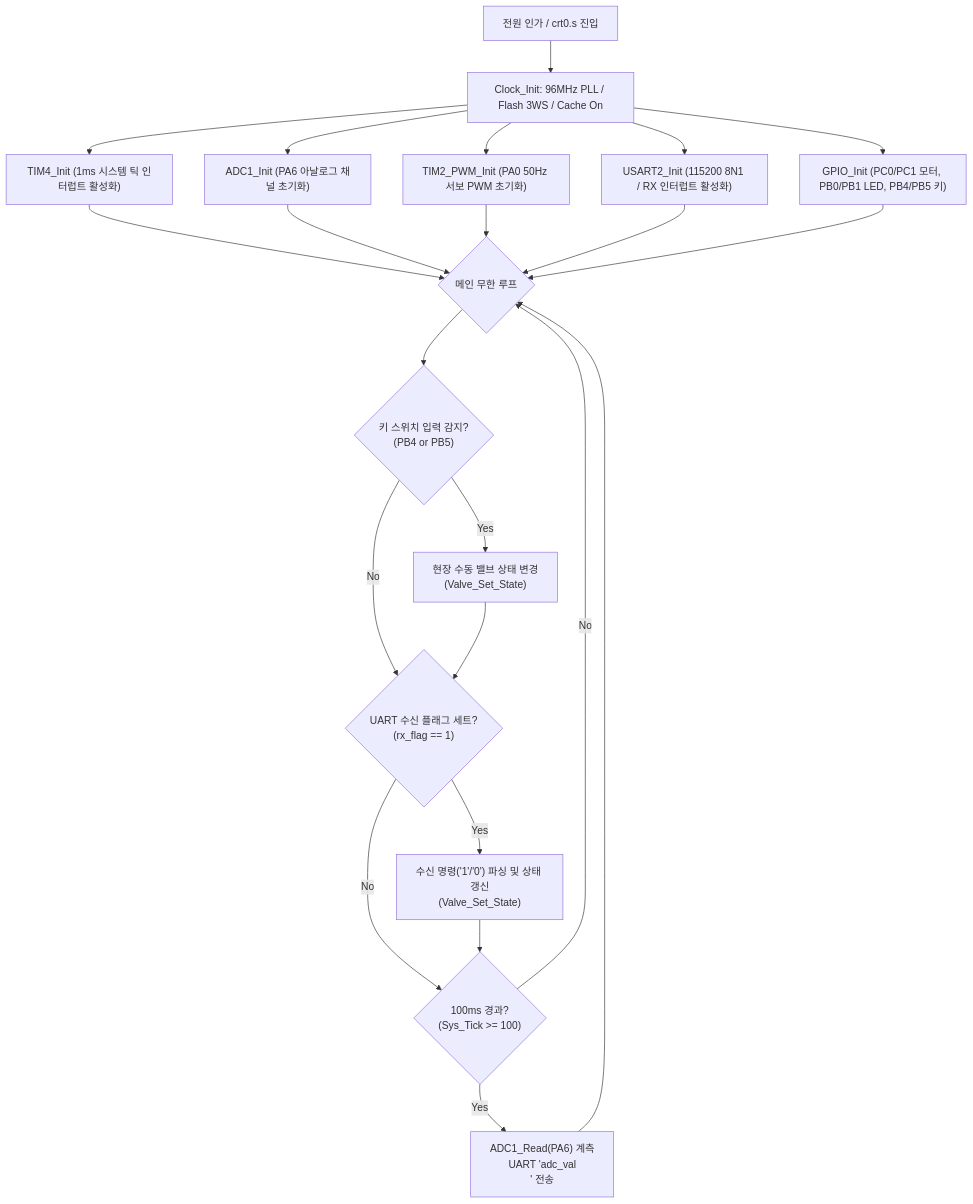
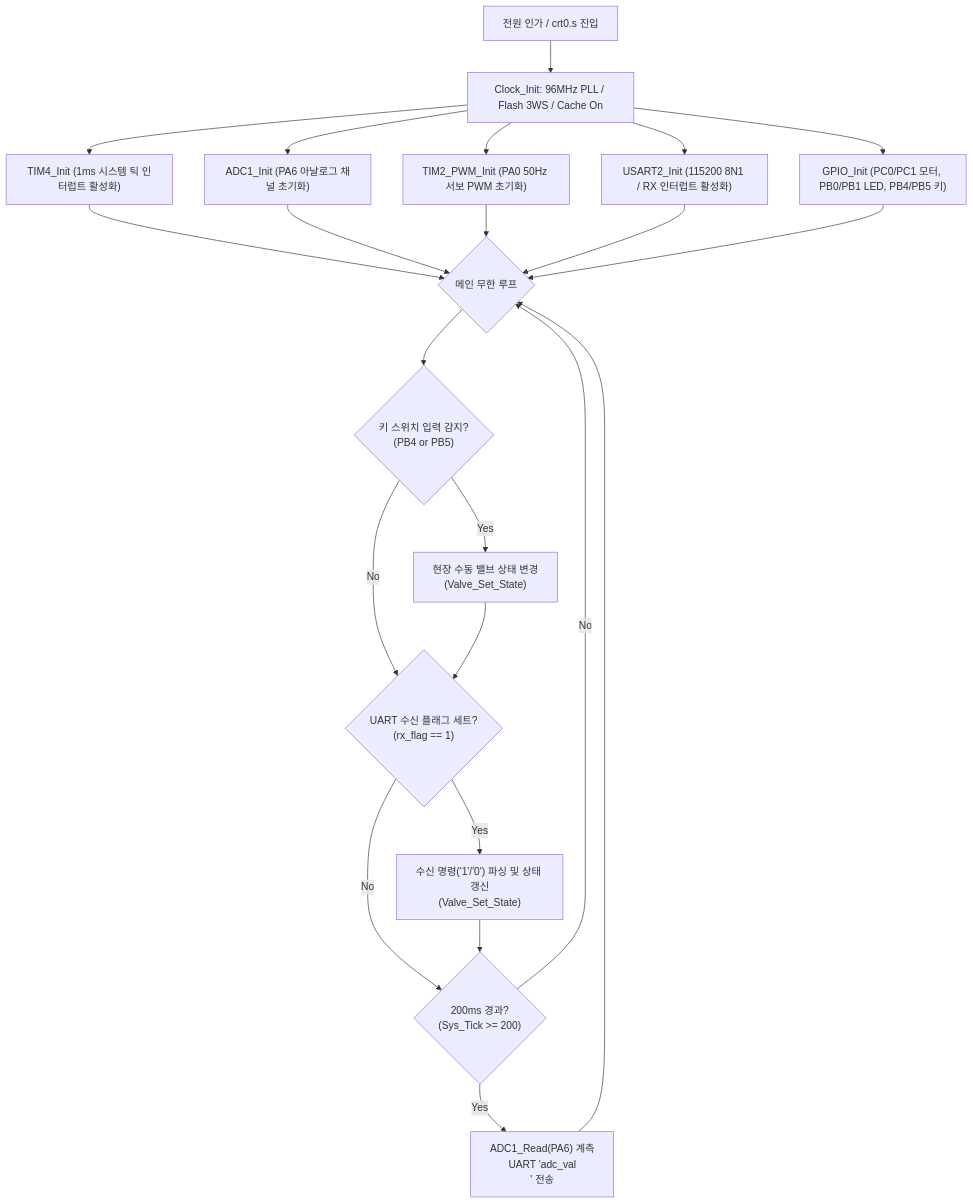
One commit to 96hckim/smart-monitoring-system changed the diagram in docs/04_firmware_driver_guide.md. Above: the diagram before and after it, drawn with Mermaid. The commit also changed other lines of this file and 1 other file, not shown here.

````diff
--- a/docs/04_firmware_driver_guide.md
+++ b/docs/04_firmware_driver_guide.md
@@ -26,28 +26,28 @@
 ```mermaid
 flowchart TD
     A["전원 인가 / crt0.s 진입"] --> B["Clock_Init: 96MHz PLL / Flash 3WS / Cache On"]
     B --> C["TIM4_Init (1ms 시스템 틱 인터럽트 활성화)"]
     B --> D["ADC1_Init (PA6 아날로그 채널 초기화)"]
     B --> E["TIM2_PWM_Init (PA0 50Hz 서보 PWM 초기화)"]
     B --> F["USART2_Init (115200 8N1 / RX 인터럽트 활성화)"]
     B --> G["GPIO_Init (PC0/PC1 모터, PB0/PB1 LED, PB4/PB5 키)"]
     
     C --> H{"메인 무한 루프"}
     D --> H
     E --> H
     F --> H
     G --> H
     
     H --> I{"키 스위치 입력 감지?<br>(PB4 or PB5)"}
     I -- Yes --> J["현장 수동 밸브 상태 변경<br>(Valve_Set_State)"]
     I -- No --> K{"UART 수신 플래그 세트?<br>(rx_flag == 1)"}
     
     J --> K
     K -- Yes --> L["수신 명령('1'/'0') 파싱 및 상태 갱신<br>(Valve_Set_State)"]
-    K -- No --> M{"100ms 경과?<br>(Sys_Tick >= 100)"}
+    K -- No --> M{"200ms 경과?<br>(Sys_Tick >= 200)"}
     
     L --> M
     M -- Yes --> N["ADC1_Read(PA6) 계측<br>UART 'adc_val\n' 전송"]
     M -- No --> H
     N --> H
 ```
````
